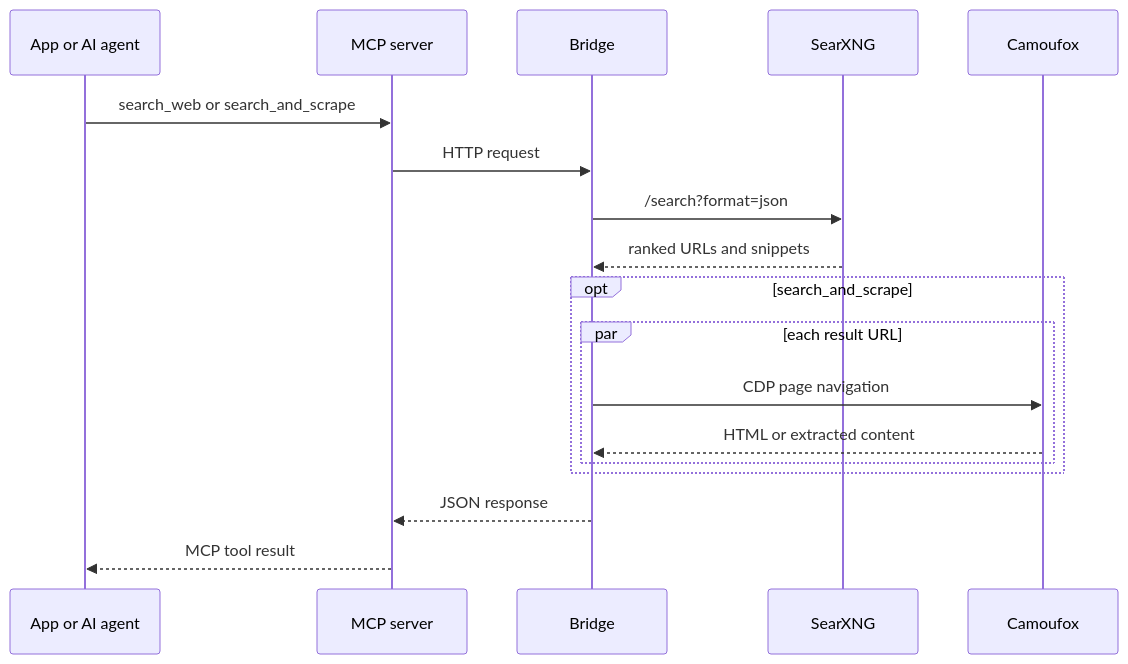
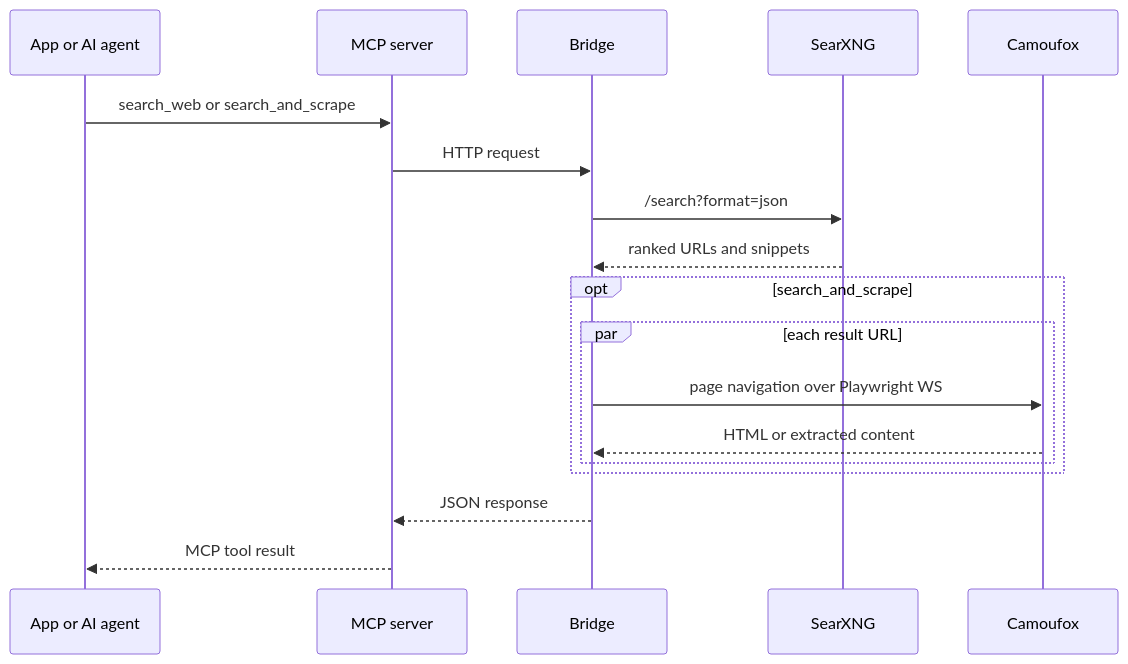
The second of 2 diagrams in README.md (kiuckhuang/web-scraping), drawn with Mermaid before and after one commit. The commit also changed 1 other file, not shown here.

Commit message:
docs: final Fortress-era sweep — flow diagram and AGENTS example
- README request-flow diagram still said 'CDP page navigation' (Fortress
  artifact); the Camoufox path is Playwright websocket.
- AGENTS.md testing convention cited the removed BROWSER_ENGINE as its
  deployment-dependent-config example; replaced with live knobs.
- Reviewed all remaining Fortress mentions: only intentional historical
  context remains (removal rationale + fortress-last tag pointer, one-time
  upgrade cleanup commands, license note, AGENTS engine decision).
- Verified: no fortress references in code/config/env; README env table
  covers every .env.example key (optionals documented commented); LICENSE
  clean; mermaid tables intact; MCP tool table matches the server (8
  tools); opencode.jsonc.example connection-only.

````diff
--- a/README.md
+++ b/README.md
@@ -51,21 +51,21 @@
 ```mermaid
 sequenceDiagram
     participant A as App or AI agent
     participant M as MCP server
     participant B as Bridge
     participant S as SearXNG
     participant F as Camoufox
 
     A->>M: search_web or search_and_scrape
     M->>B: HTTP request
     B->>S: /search?format=json
     S-->>B: ranked URLs and snippets
     opt search_and_scrape
         par each result URL
-            B->>F: CDP page navigation
+            B->>F: page navigation over Playwright WS
             F-->>B: HTML or extracted content
         end
     end
     B-->>M: JSON response
     M-->>A: MCP tool result
 ```
````
